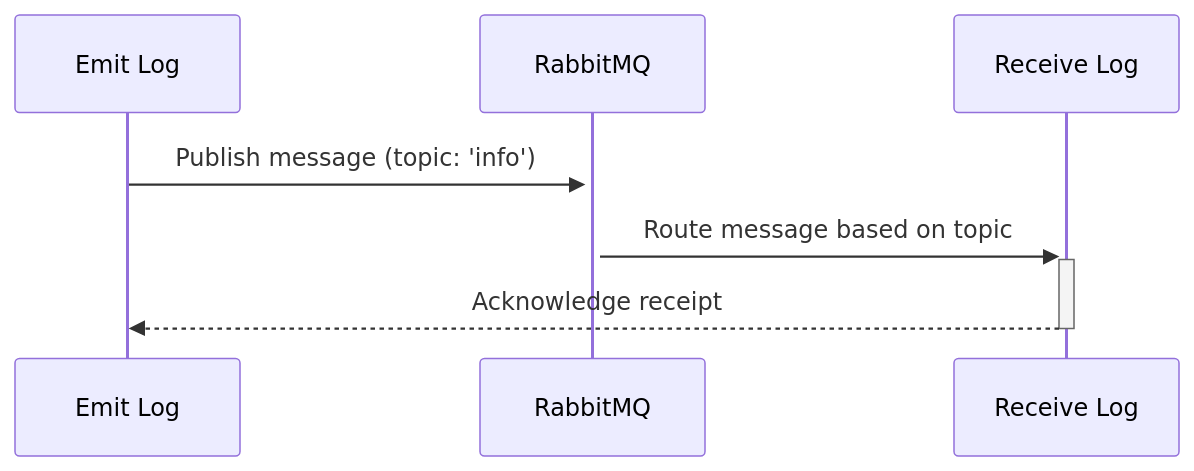
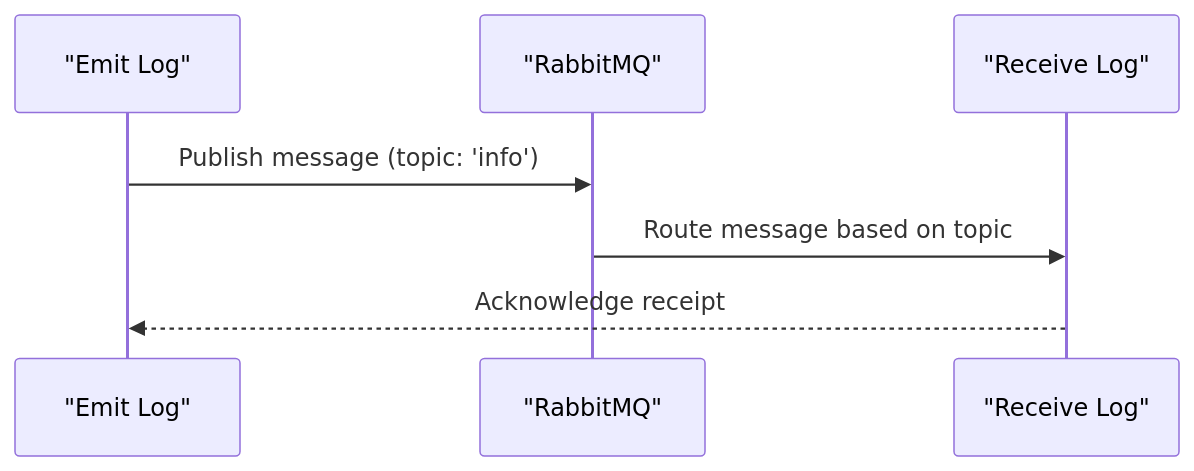
Before and after one commit to kaizen-ai/kaizenflow: the diagram in sorrentum_sandbox/spring2024/my-project/practice/tutorial1/docker/README.md, drawn with Mermaid.

````diff
--- a/sorrentum_sandbox/spring2024/my-project/practice/tutorial1/docker/README.md
+++ b/sorrentum_sandbox/spring2024/my-project/practice/tutorial1/docker/README.md
@@ -110,10 +110,10 @@
 ```mermaid
 sequenceDiagram
-    participant Producer as Emit Log
-    participant RabbitMQ
-    participant Consumer as Receive Log
+    participant EmitLog as "Emit Log"
+    participant RabbitMQ as "RabbitMQ"
+    participant ReceiveLog as "Receive Log"
 
-    Producer->>+RabbitMQ: Publish message (topic: 'info')
-    RabbitMQ->>+Consumer: Route message based on topic
-    Consumer-->>-Producer: Acknowledge receipt
+    EmitLog->>RabbitMQ: Publish message (topic: 'info')
+    RabbitMQ->>ReceiveLog: Route message based on topic
+    ReceiveLog-->>EmitLog: Acknowledge receipt
 ```
````
